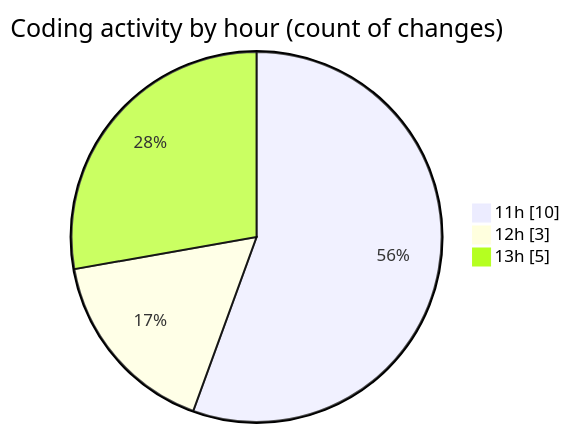
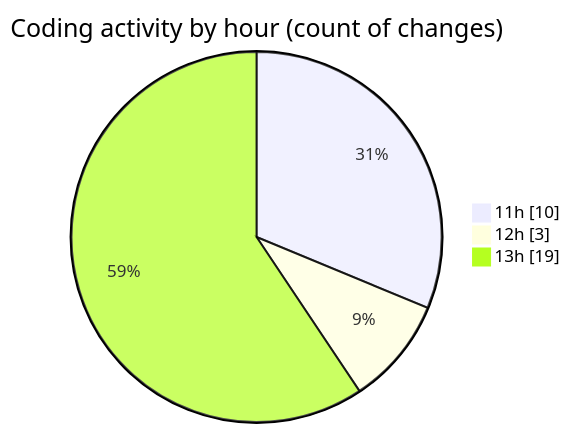
The second of 2 diagrams in 2025-02-14/cda/README.md (momahboobian/code-tracking), drawn with Mermaid before and after one commit. The commit also changed other lines of this file and 1 other file, not shown here.

````diff
--- a/2025-02-14/cda/README.md
+++ b/2025-02-14/cda/README.md
@@ -32,7 +32,7 @@
 ```mermaid
 pie showData
 title Coding activity by hour (count of changes)
 "11h" : 10
 "12h" : 3
-"13h" : 5
+"13h" : 19
 ```
````
